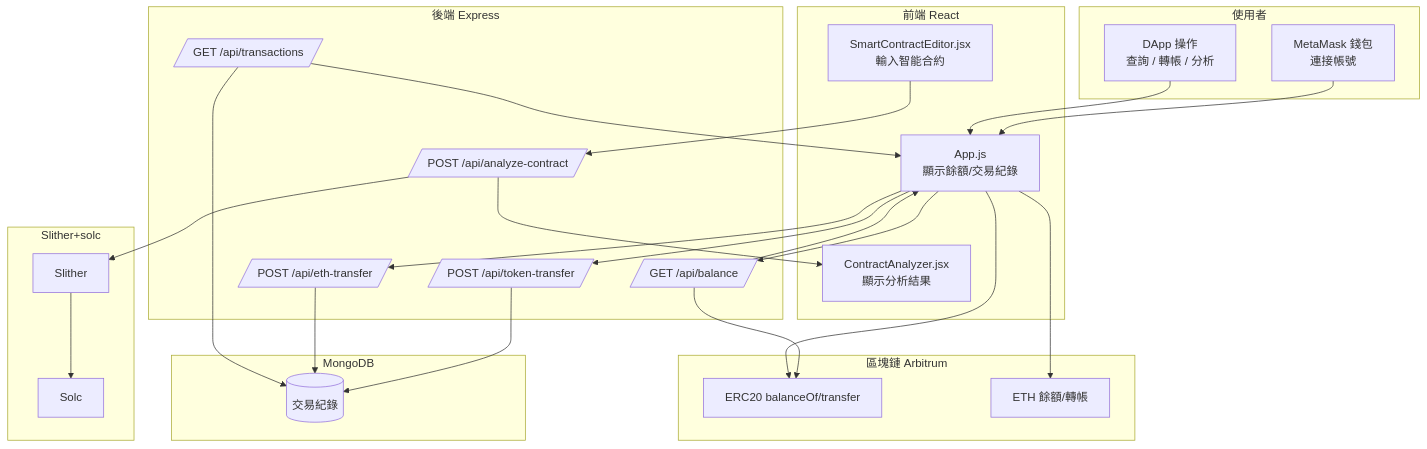
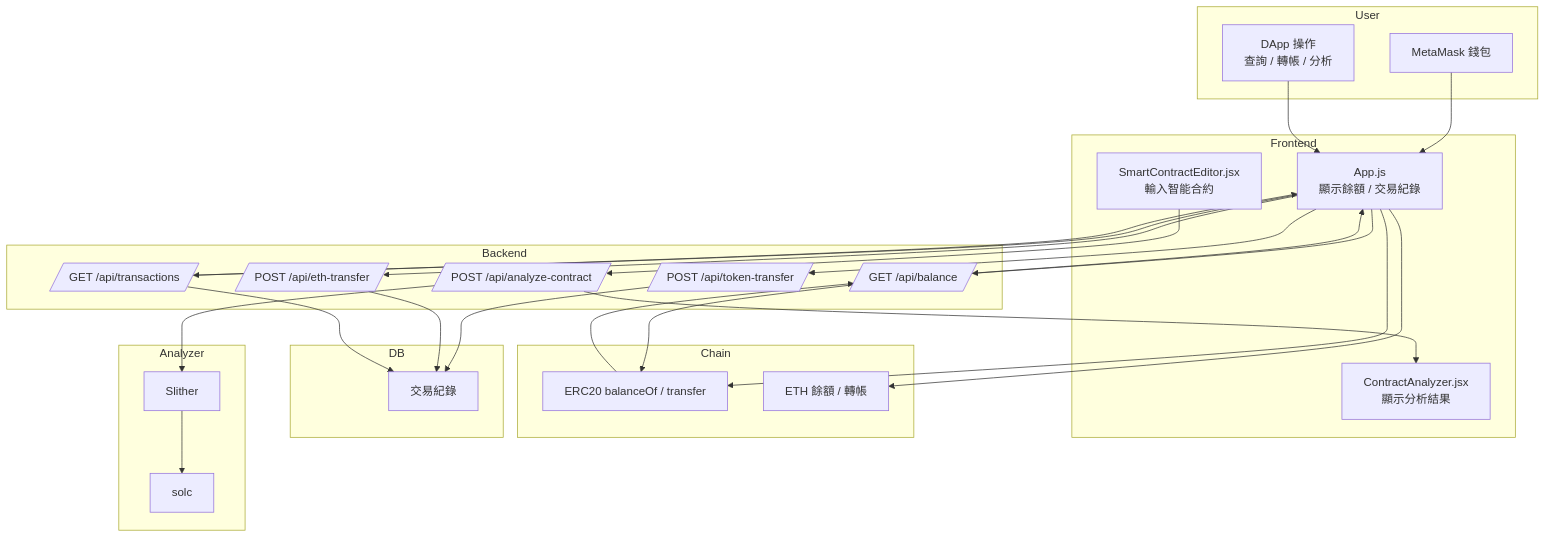
Before and after one commit to 511172176/BlockChain: the diagram in README.md, drawn with Mermaid.

Commit message:
Refactor system flowchart in README.md

````diff
--- a/README.md
+++ b/README.md
@@ -169,60 +169,65 @@
 ```mermaid
 flowchart TD
-    subgraph User[使用者]
-        U1[MetaMask 錢包<br/>連接帳號]
+    %% 節點區（名稱盡量簡短，避免特殊符號）
+    subgraph User
+        U1[MetaMask 錢包]
         U2[DApp 操作<br/>查詢 / 轉帳 / 分析]
     end
 
-    subgraph Frontend[前端 React]
-        F1[App.js<br/>顯示餘額/交易紀錄]
+    subgraph Frontend
+        F1[App.js<br/>顯示餘額 / 交易紀錄]
         F2[SmartContractEditor.jsx<br/>輸入智能合約]
         F3[ContractAnalyzer.jsx<br/>顯示分析結果]
     end
 
-    subgraph Backend[後端 Express]
-        B1[/GET /api/balance/]          
-        B2[/POST /api/token-transfer/]  
-        B3[/POST /api/eth-transfer/]    
+    subgraph Backend
+        B1[/GET /api/balance/]
+        B2[/POST /api/token-transfer/]
+        B3[/POST /api/eth-transfer/]
         B4[/GET /api/transactions/]
         B5[/POST /api/analyze-contract/]
     end
 
-    subgraph Chain[區塊鏈 Arbitrum]
-        C1[ERC20 balanceOf/transfer]
-        C2[ETH 餘額/轉帳]
+    subgraph Chain
+        C1[ERC20 balanceOf / transfer]
+        C2[ETH 餘額 / 轉帳]
     end
 
-    subgraph DB[MongoDB]
-        D1[(交易紀錄)]
+    subgraph DB
+        D1[交易紀錄]
     end
 
-    subgraph Analyzer[Slither+solc]
+    subgraph Analyzer
         S1[Slither]
-        S2[Solc]
+        S2[solc]
     end
 
-    %% 使用者與前端
+    %% 使用者 ↔ 前端
     U1 --> F1
     U2 --> F1
 
-    %% 查餘額：前端 -> 後端 -> 鏈上
+    %% 查餘額：前端 → 後端 → 鏈上 → 回前端
     F1 --> B1
     B1 --> C1
+    C1 --> B1
     B1 --> F1
 
-    %% 送交易：前端直接上鏈；同時告知後端記錄
+    %% 送交易：前端直送鏈上；同時告知後端紀錄
     F1 --> C1
     F1 --> C2
     F1 --> B2
     F1 --> B3
     B2 --> D1
     B3 --> D1
+
+    %% 查交易紀錄：前端 → 後端 → DB → 回前端
+    F1 --> B4
     B4 --> D1
     B4 --> F1
 
-    %% 合約分析：前端 -> 後端 -> Slither/solc -> 前端
+    %% 合約分析：前端 → 後端 → Slither/solc → 回前端
     F2 --> B5
     B5 --> S1
     S1 --> S2
     B5 --> F3
 ```
````
